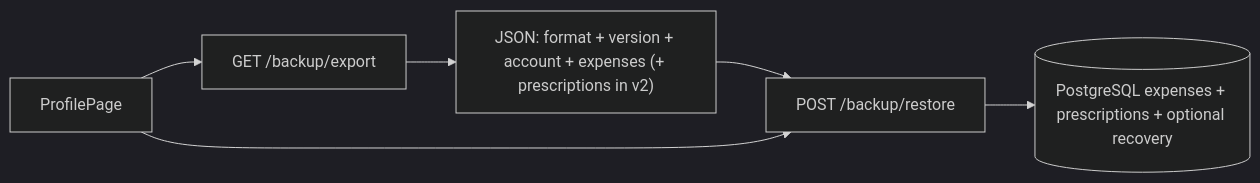
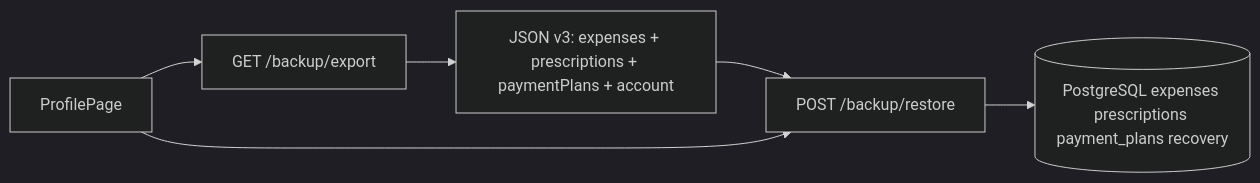
Before and after one commit to becomeonewiththecode/expense_tracker: diagram 16 of 19 in docs/ARCHITECTURE_DIAGRAM.md, drawn with Mermaid (dark theme). The commit also changed other lines of this file and 15 other files, not shown here.

````diff
--- a/docs/ARCHITECTURE_DIAGRAM.md
+++ b/docs/ARCHITECTURE_DIAGRAM.md
@@ -589,8 +589,8 @@
 ```mermaid
 flowchart LR
   PR[ProfilePage] --> EXP["GET /backup/export"]
-  EXP --> FILE["JSON: format + version + account + expenses (+ prescriptions in v2)"]
+  EXP --> FILE["JSON v3: expenses + prescriptions + paymentPlans + account"]
   FILE --> RST["POST /backup/restore"]
-  RST --> PG[(PostgreSQL expenses + prescriptions + optional recovery)]
+  RST --> PG[(PostgreSQL expenses prescriptions payment_plans recovery)]
   PR --> RST
 ```
````
